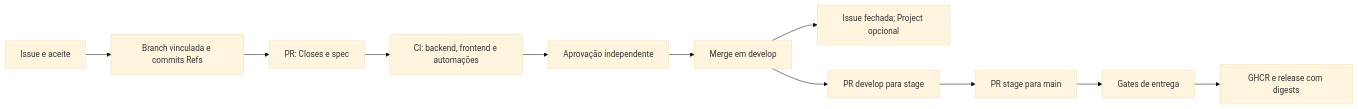
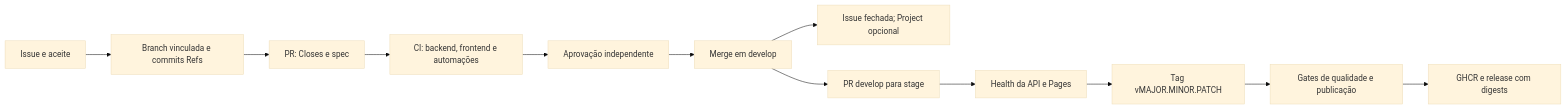
Before and after one commit to SamiaLuvanice/bestprice: the diagram in docs/github-workflow.md, drawn with Mermaid (base theme). The commit also changed other lines of this file and 27 other files, not shown here.

First line of the commit message:
chore(ci): releases por tag sem main

````diff
--- a/docs/github-workflow.md
+++ b/docs/github-workflow.md
@@ -5,13 +5,14 @@
 ```mermaid
 flowchart LR
   I[Issue e aceite] --> B[Branch vinculada e commits Refs]
   B --> R[PR: Closes e spec]
   R --> C[CI: backend, frontend e automações]
   C --> A[Aprovação independente]
   A --> D[Merge em develop]
   D --> F[Issue fechada; Project opcional]
   D --> S[PR develop para stage]
-  S --> M[PR stage para main]
-  M --> Q[Gates de entrega]
+  S --> H[Health da API e Pages]
+  H --> T[Tag vMAJOR.MINOR.PATCH]
+  T --> Q[Gates de qualidade e publicação]
   Q --> G[GHCR e release com digests]
 ```
````
